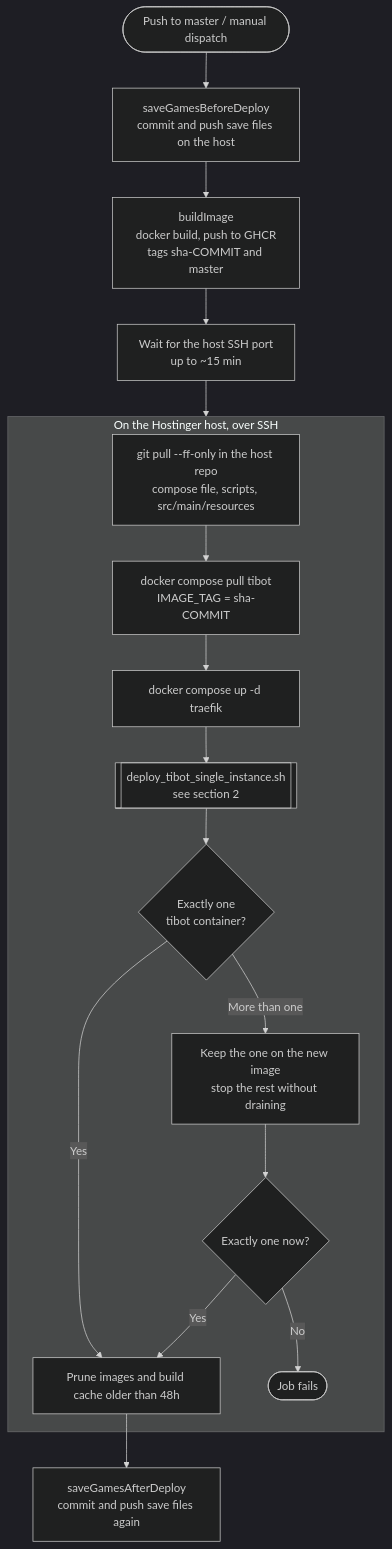
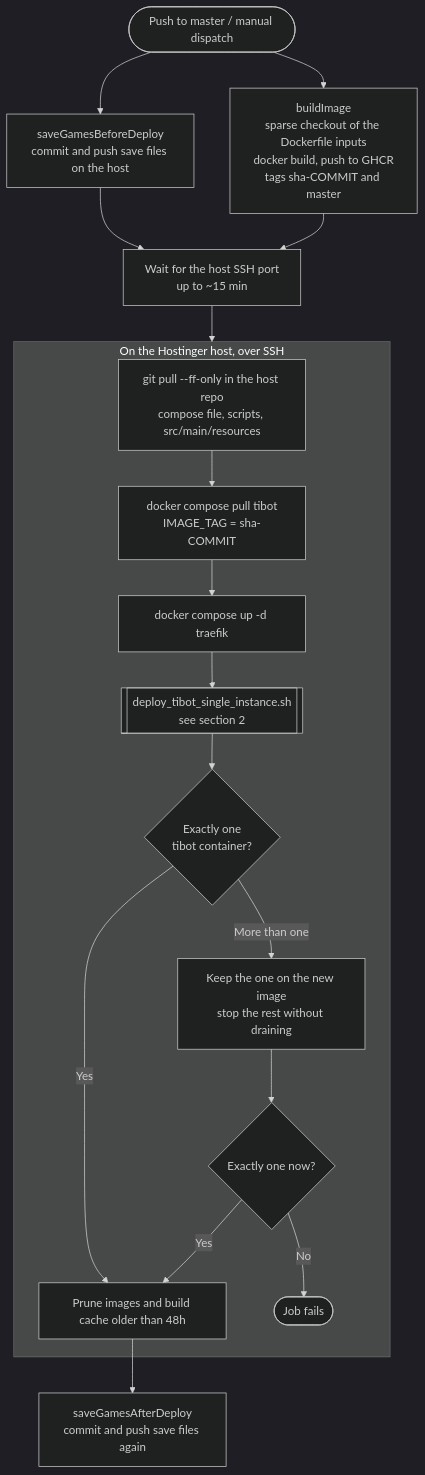
The first of 5 diagrams in DEPLOYMENT.md (AsyncTI4/TI4_map_generator_bot), drawn with Mermaid (dark theme) before and after one commit. The commit also changed other lines of this file and 1 other file, not shown here.

Commit message:
Build the bot image alongside the save backup, from a sparse checkout
The image build waited 85 s for the pre-deploy save backup even though
only the deploy job needs the backup done. Run them at the same time;
the deploy still waits for both. The image build also checked out all
941 MB of src/main/resources (22 s) that the Dockerfile never copies, so
check out only the Dockerfile inputs.

````diff
--- a/DEPLOYMENT.md
+++ b/DEPLOYMENT.md
@@ -24,22 +24,23 @@
 ```mermaid
 flowchart TD
     push([Push to master / manual dispatch]) --> backup1[saveGamesBeforeDeploy<br/>commit and push save files on the host]
-    backup1 --> build["buildImage<br/>docker build, push to GHCR<br/>tags sha-COMMIT and master"]
-    build --> ssh[Wait for the host SSH port<br/>up to ~15 min]
+    push --> build["buildImage<br/>sparse checkout of the Dockerfile inputs<br/>docker build, push to GHCR<br/>tags sha-COMMIT and master"]
+    backup1 --> ssh[Wait for the host SSH port<br/>up to ~15 min]
+    build --> ssh
     ssh --> remote
 
     subgraph remote [On the Hostinger host, over SSH]
         pull["git pull --ff-only in the host repo<br/>compose file, scripts, src/main/resources"]
         pull --> img["docker compose pull tibot<br/>IMAGE_TAG = sha-COMMIT"]
         img --> traefik[docker compose up -d traefik]
         traefik --> rollout[["deploy_tibot_single_instance.sh<br/>see section 2"]]
         rollout --> verify{Exactly one<br/>tibot container?}
         verify -->|More than one| extras["Keep the one on the new image<br/>stop the rest without draining"]
         extras --> verify2{Exactly one now?}
         verify -->|Yes| prune[Prune images and build cache older than 48h]
         verify2 -->|Yes| prune
         verify2 -->|No| fail([Job fails])
     end
 
     prune --> backup2[saveGamesAfterDeploy<br/>commit and push save files again]
 ```
````
